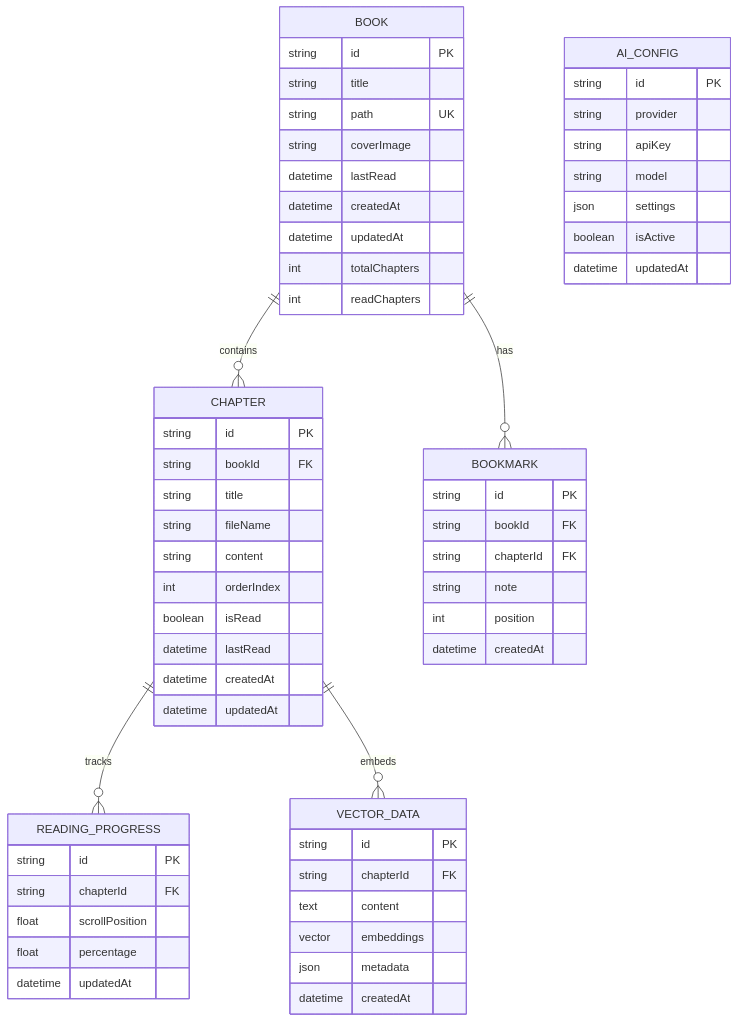
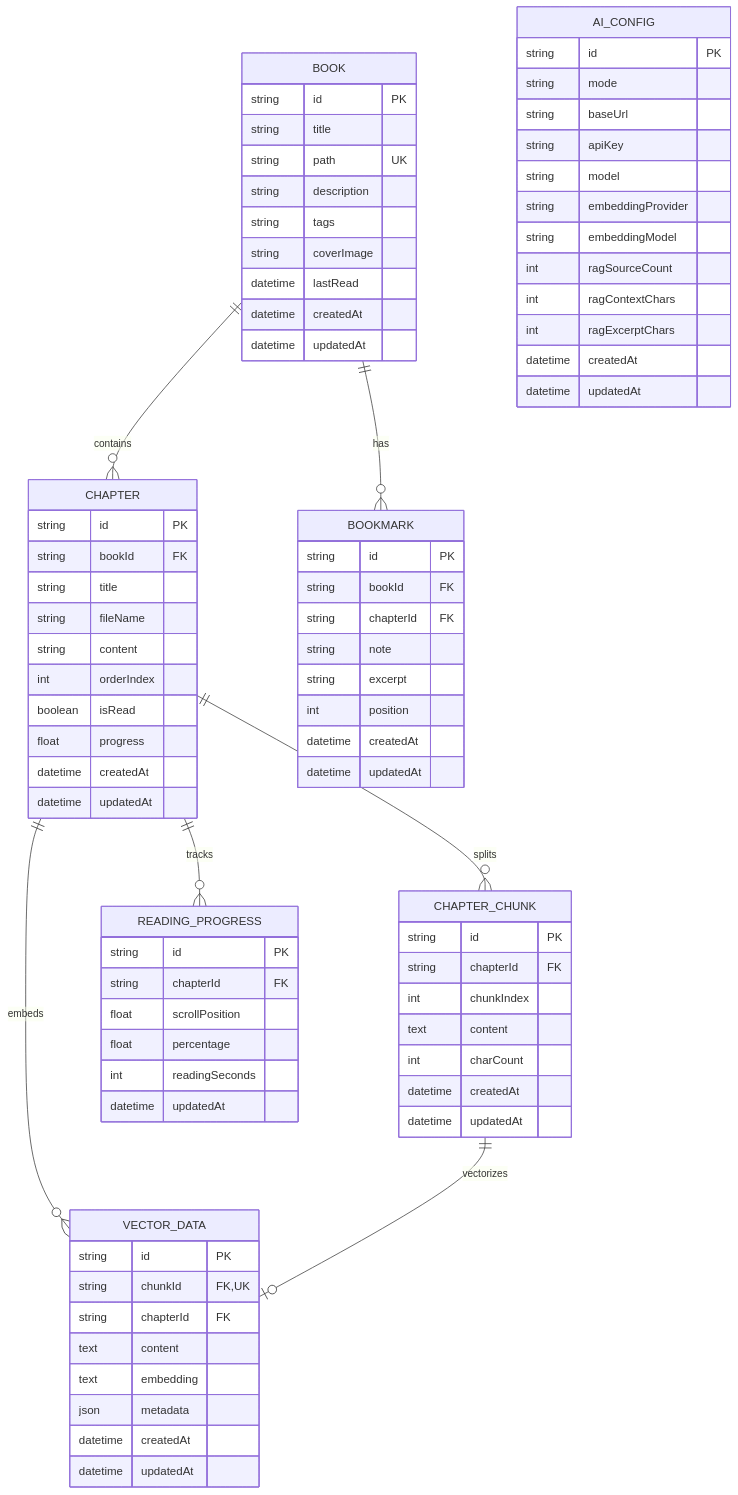
One commit to xiaobuliukun/ai-rag changed the third of 3 diagrams in docs/technical_architecture_document.md. Above: the diagram before and after it, drawn with Mermaid. The commit also changed other lines of this file and 85 other files, not shown here.

````diff
--- a/docs/technical_architecture_document.md
+++ b/docs/technical_architecture_document.md
@@ -256,19 +261,21 @@
 erDiagram
     BOOK ||--o{ CHAPTER : contains
     BOOK ||--o{ BOOKMARK : has
+    CHAPTER ||--o{ CHAPTER_CHUNK : splits
     CHAPTER ||--o{ READING_PROGRESS : tracks
     CHAPTER ||--o{ VECTOR_DATA : embeds
+    CHAPTER_CHUNK ||--o| VECTOR_DATA : vectorizes
     
     BOOK {
         string id PK
         string title
         string path UK
+        string description
+        string tags
         string coverImage
         datetime lastRead
         datetime createdAt
         datetime updatedAt
-        int totalChapters
-        int readChapters
     }
     
     CHAPTER {
@@ -279,7 +286,17 @@
         string content
         int orderIndex
         boolean isRead
-        datetime lastRead
+        float progress
+        datetime createdAt
+        datetime updatedAt
+    }
+
+    CHAPTER_CHUNK {
+        string id PK
+        string chapterId FK
+        int chunkIndex
+        text content
+        int charCount
         datetime createdAt
         datetime updatedAt
     }
@@ -289,6 +306,7 @@
         string chapterId FK
         float scrollPosition
         float percentage
+        int readingSeconds
         datetime updatedAt
     }
     
@@ -297,26 +315,35 @@
         string bookId FK
         string chapterId FK
         string note
+        string excerpt
         int position
         datetime createdAt
+        datetime updatedAt
     }
     
     VECTOR_DATA {
         string id PK
+        string chunkId FK,UK
         string chapterId FK
         text content
-        vector embeddings
+        text embedding
         json metadata
         datetime createdAt
+        datetime updatedAt
     }
     
     AI_CONFIG {
         string id PK
-        string provider
+        string mode
+        string baseUrl
         string apiKey
         string model
-        json settings
-        boolean isActive
+        string embeddingProvider
+        string embeddingModel
+        int ragSourceCount
+        int ragContextChars
+        int ragExcerptChars
+        datetime createdAt
         datetime updatedAt
     }
 ```
````
